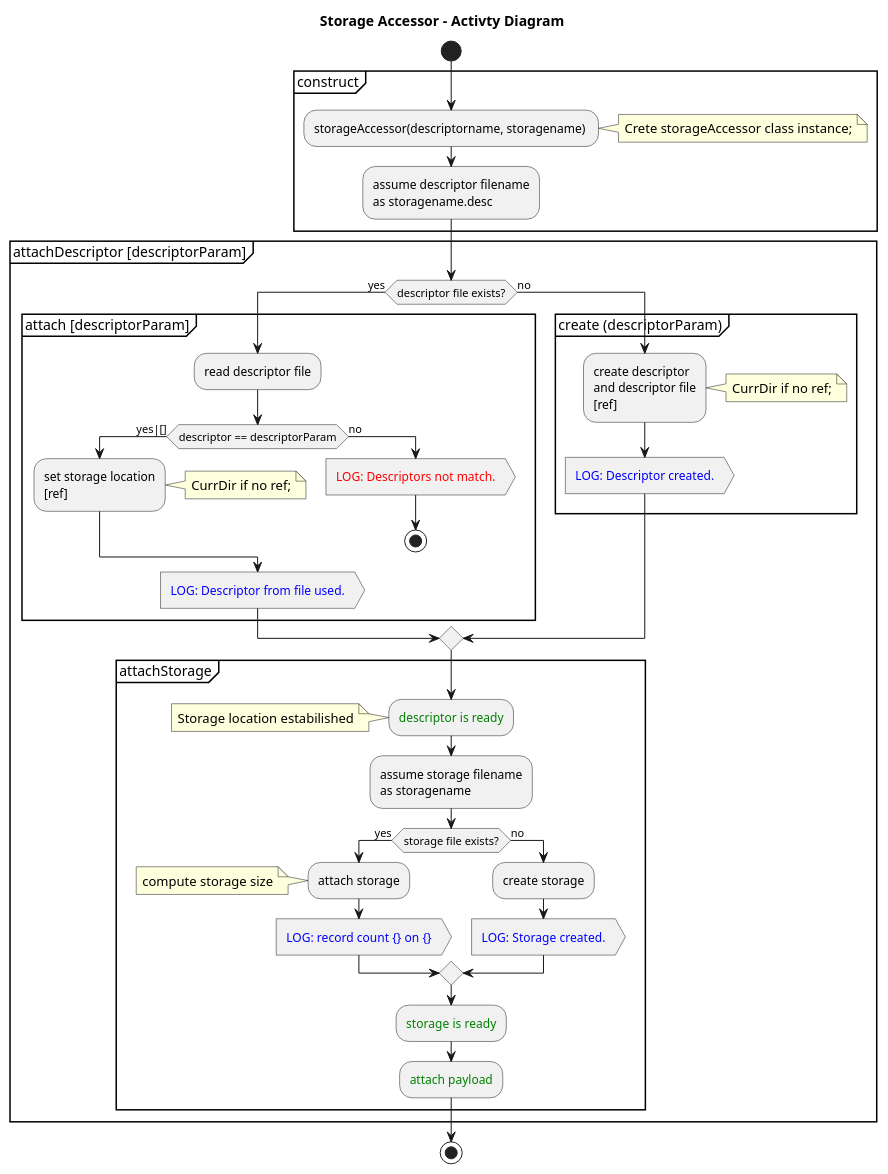
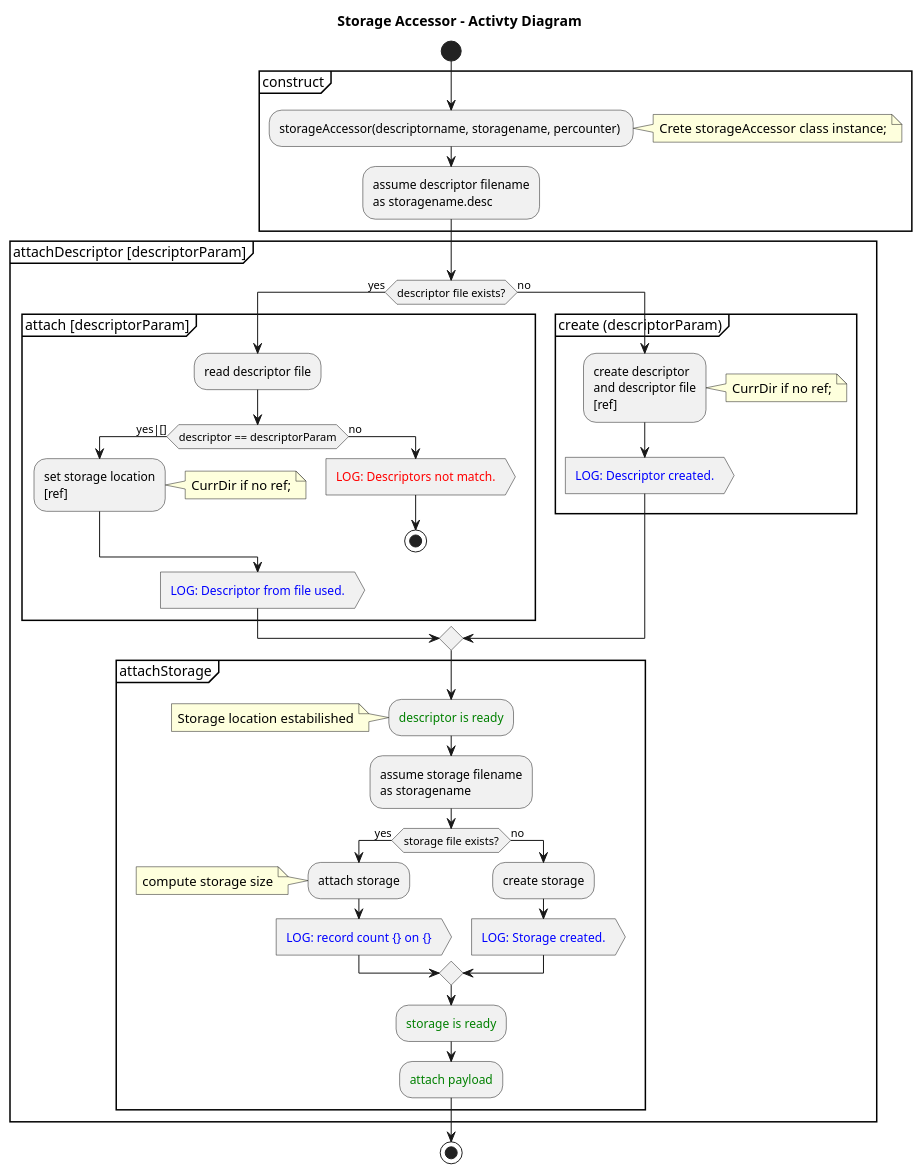
The diagram in src/rdb/UML/rdb-storageaccessor.puml (michalwidera/retractordb), drawn with PlantUML before and after one commit. The commit also changed 50 other files, not shown here.

```diff
--- a/src/rdb/UML/rdb-storageaccessor.puml
+++ b/src/rdb/UML/rdb-storageaccessor.puml
@@ -1,66 +1,66 @@
 @startuml
 
 /' To preview in VSCode: Alt-D '/
 
 title Storage Accessor - Activty Diagram
 
 start
 
 partition "construct" {
-:storageAccessor(descriptorname, storagename) ;
+:storageAccessor(descriptorname, storagename, percounter) ;
 note right: Crete storageAccessor class instance;
 
 :assume descriptor filename
 as storagename.desc;
 }
 
 partition "attachDescriptor [descriptorParam]" {
 if (descriptor file exists?) then (yes)
 	partition "attach [descriptorParam]" {
   :read descriptor file;
   if (descriptor == descriptorParam) then (yes|[])
     :set storage location
     [ref];
     note right: CurrDir if no ref;
   else (no)
     :<color:red>LOG: Descriptors not match.>
     stop
   endif
   :<color blue>LOG: Descriptor from file used.>
   }
 else (no)
 	partition "create (descriptorParam)" {
 	  :create descriptor
 	  and descriptor file
 	  [ref];
 	  note right: CurrDir if no ref;
 	  :<color blue>LOG: Descriptor created.>
 	}
 endif
 
 partition "attachStorage" {
   :<color:green>descriptor is ready;
 
   note left: Storage location estabilished
 
   :assume storage filename
   as storagename;
 
   if (storage file exists?) then (yes)
     :attach storage;
     note left: compute storage size
     :<color blue>LOG: record count {} on {}>
   else (no)
     :create storage;
     :<color blue>LOG: Storage created.>
   endif
 
   :<color:green>storage is ready;
   :<color:green>attach payload;
 }
 
 }
 
 stop
 
 @enduml
```
